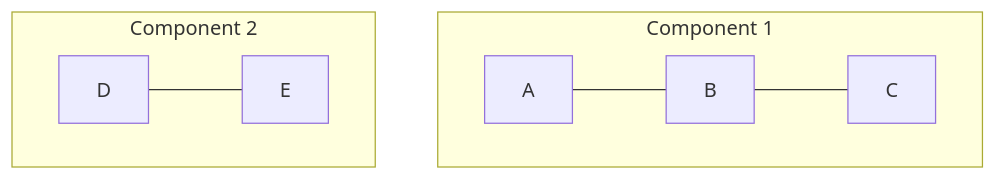
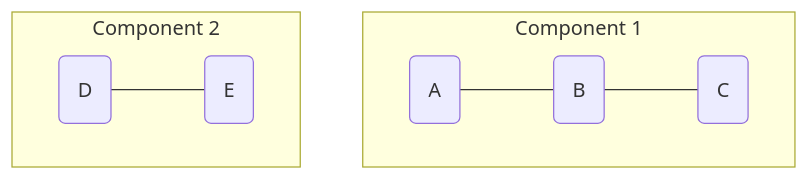
The eighth of 25 diagrams in lectures/lect-16-Graph.md (ruslylove/datastruct), drawn with Mermaid before and after one commit. The commit also changed other lines of this file and 2 other files, not shown here.

````diff
--- a/lectures/lect-16-Graph.md
+++ b/lectures/lect-16-Graph.md
@@ -197,9 +197,9 @@
 ```mermaid {scale:0.85}
 graph TD
     subgraph "Component 1"
-        A --- B; B --- C
+        A(A) --- B(B); B --- C(C)
     end
     subgraph "Component 2"
-        D --- E
+        D(D) --- E(E)
     end
 ```
````
